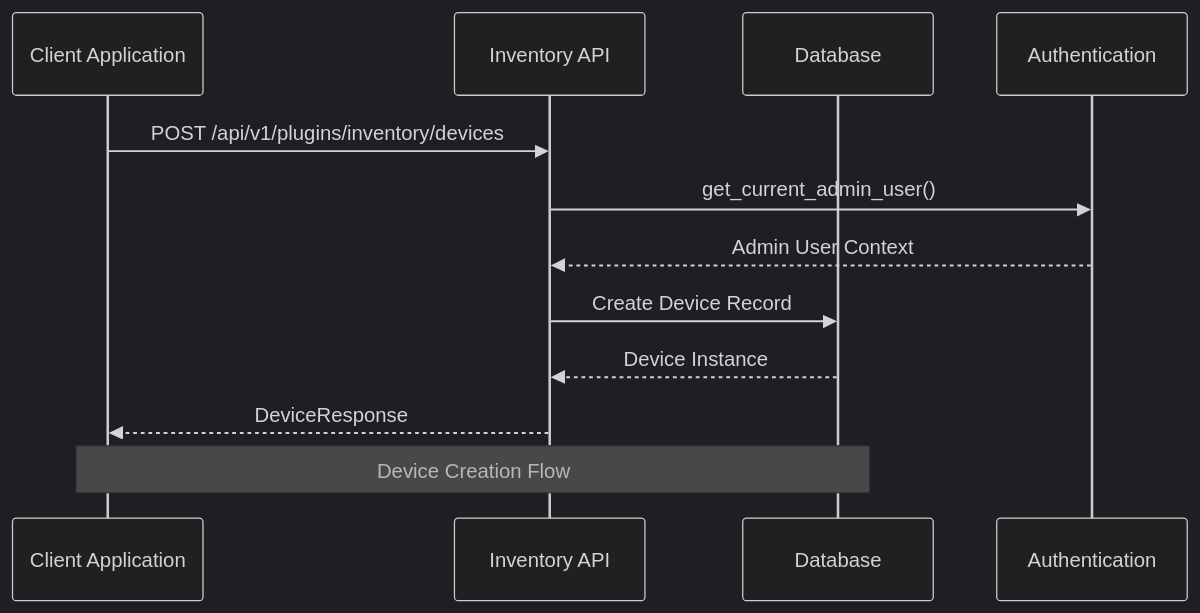
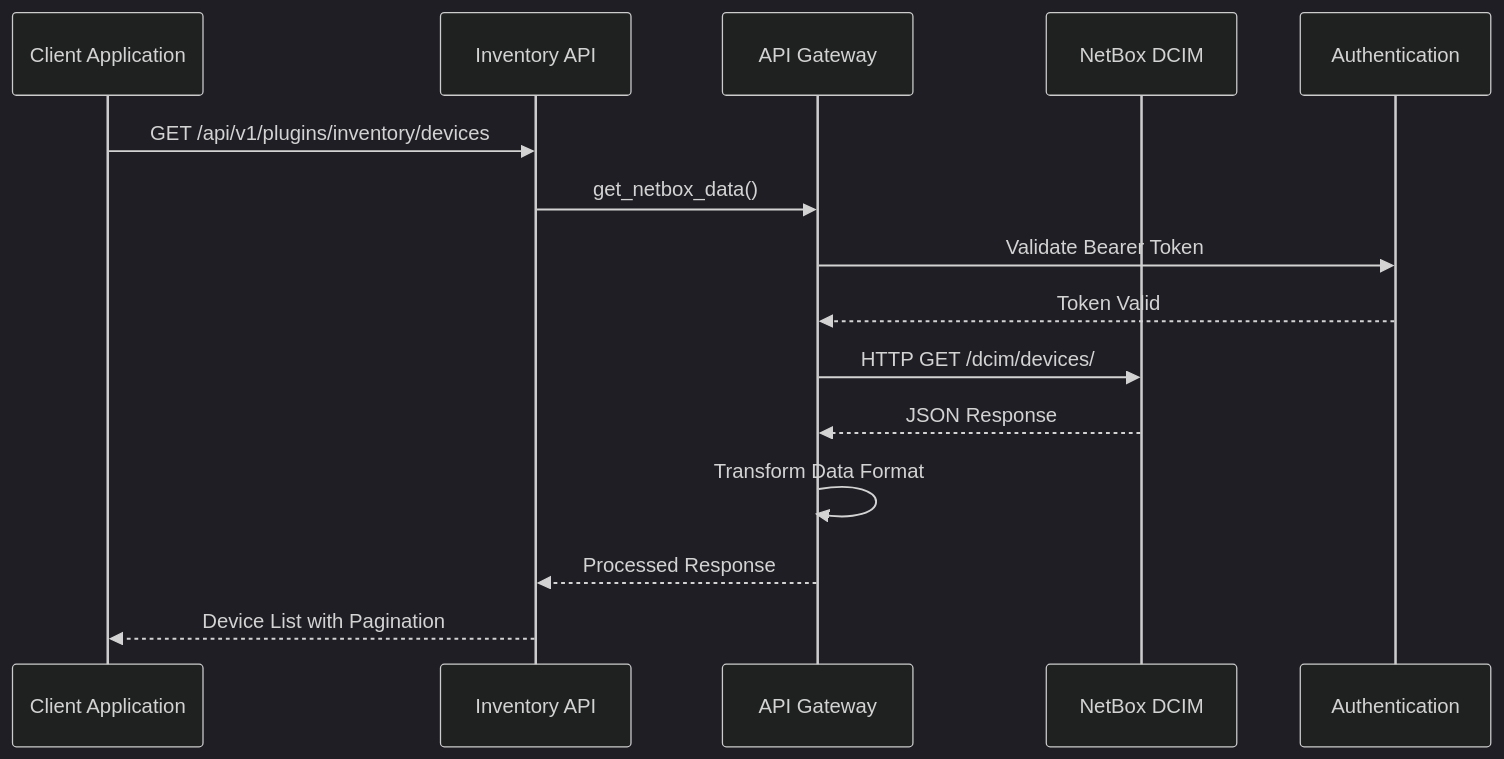
Before and after one commit to Nikita5543/New-SSO-02: the third of 6 diagrams in .qoder/repowiki/en/content/Built-in Plugins/Inventory Plugin.md, drawn with Mermaid (dark theme). The commit also changed other lines of this file and 1 other file, not shown here.

Commit message:
commit-repo-wiki-device

````diff
--- a/.qoder/repowiki/en/content/Built-in Plugins/Inventory Plugin.md
+++ b/.qoder/repowiki/en/content/Built-in Plugins/Inventory Plugin.md
@@ -218,14 +173,17 @@
 ```mermaid
 sequenceDiagram
 participant Client as Client Application
 participant API as Inventory API
-participant DB as Database
+participant Gateway as API Gateway
+participant NetBox as NetBox DCIM
 participant Auth as Authentication
-Client->>API : POST /api/v1/plugins/inventory/devices
-API->>Auth : get_current_admin_user()
-Auth-->>API : Admin User Context
-API->>DB : Create Device Record
-DB-->>API : Device Instance
-API-->>Client : DeviceResponse
-Note over Client,DB : Device Creation Flow
+Client->>API : GET /api/v1/plugins/inventory/devices
+API->>Gateway : get_netbox_data()
+Gateway->>Auth : Validate Bearer Token
+Auth-->>Gateway : Token Valid
+Gateway->>NetBox : HTTP GET /dcim/devices/
+NetBox-->>Gateway : JSON Response
+Gateway->>Gateway : Transform Data Format
+Gateway-->>API : Processed Response
+API-->>Client : Device List with Pagination
 ```
````
